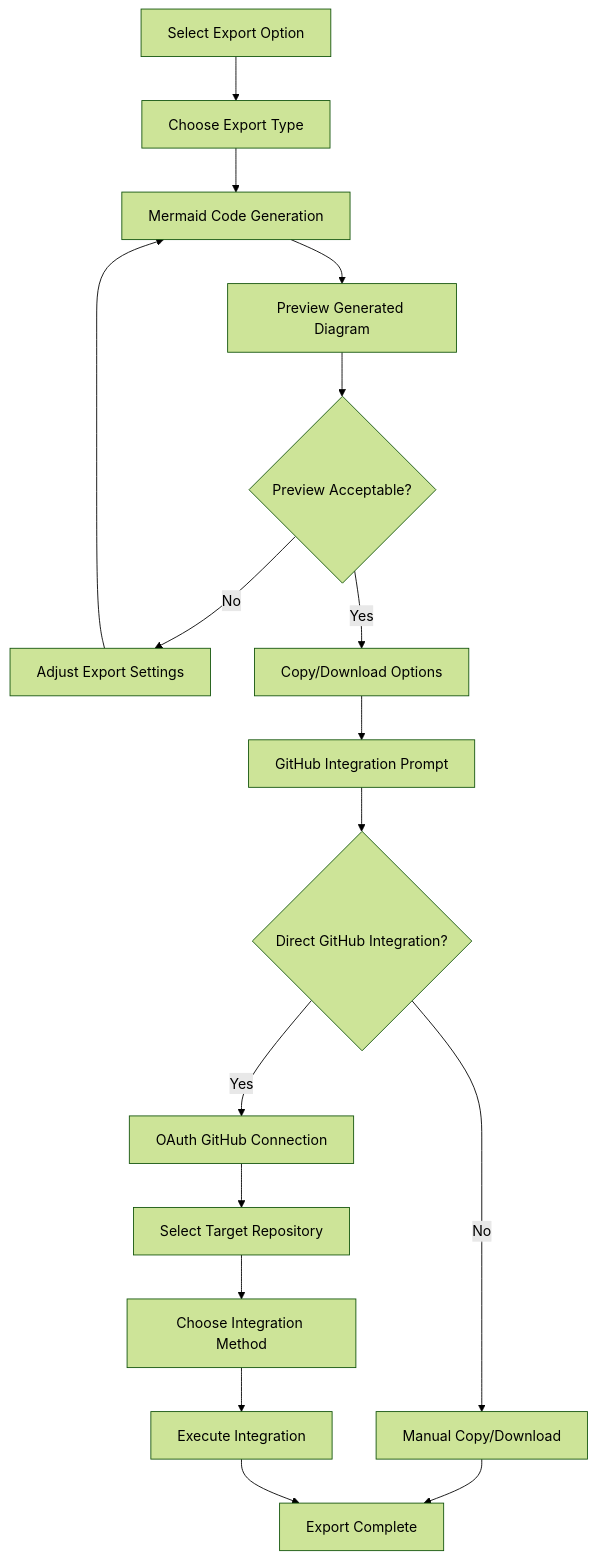
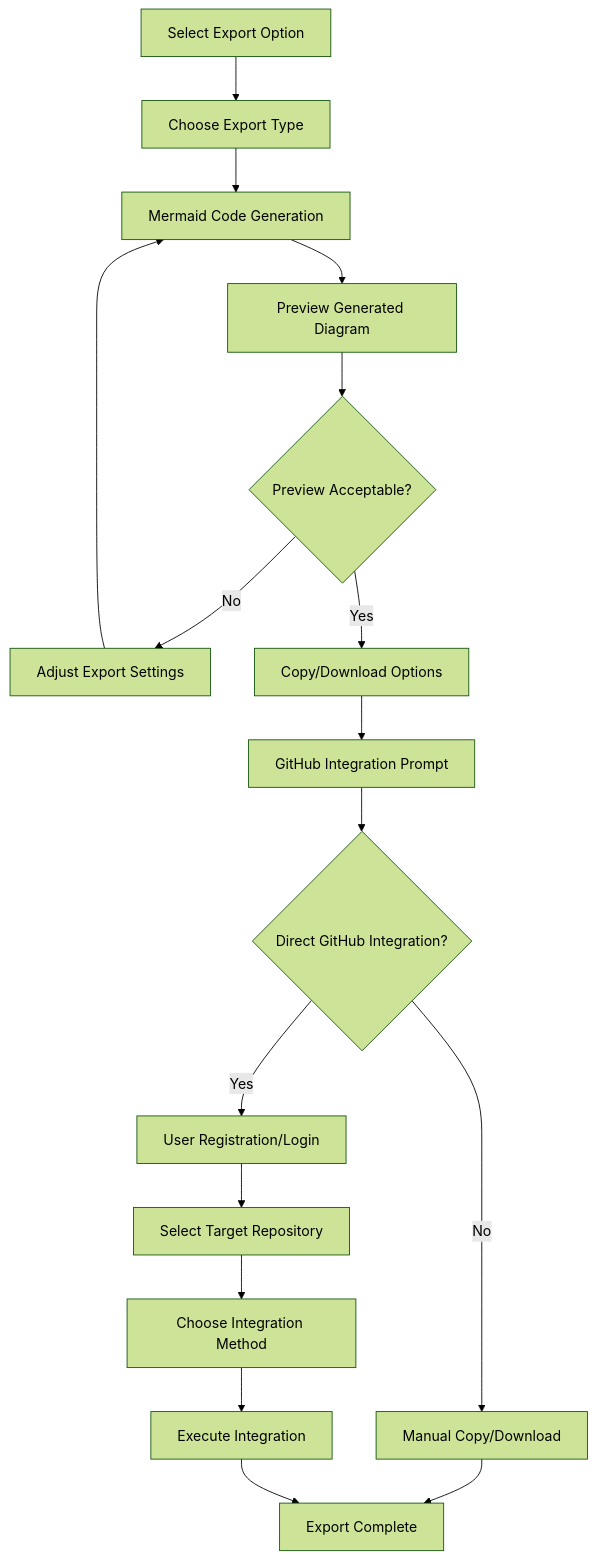
Before and after one commit to twattier/doc-graph: the third of 3 diagrams in docs/front-end-spec/user-flows.md, drawn with Mermaid (forest theme). The commit also changed other lines of this file and 11 other files, not shown here.

````diff
--- a/docs/front-end-spec/user-flows.md
+++ b/docs/front-end-spec/user-flows.md
@@ -80,19 +80,19 @@
 ```mermaid
 graph TD
     A[Select Export Option] --> B[Choose Export Type]
     B --> C[Mermaid Code Generation]
     C --> D[Preview Generated Diagram]
     D --> E{Preview Acceptable?}
     E -->|No| F[Adjust Export Settings]
     E -->|Yes| G[Copy/Download Options]
     F --> C
     G --> H[GitHub Integration Prompt]
     H --> I{Direct GitHub Integration?}
-    I -->|Yes| J[OAuth GitHub Connection]
+    I -->|Yes| J[User Registration/Login]
     I -->|No| K[Manual Copy/Download]
     J --> L[Select Target Repository]
     L --> M[Choose Integration Method]
     M --> N[Execute Integration]
     K --> O[Export Complete]
     N --> O
 ```
````
